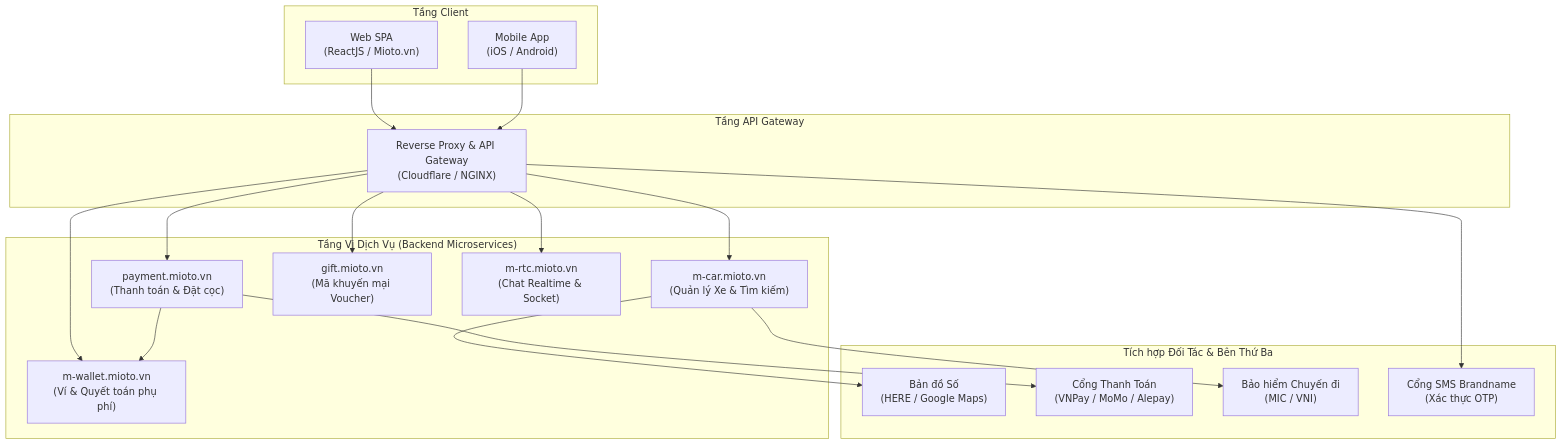
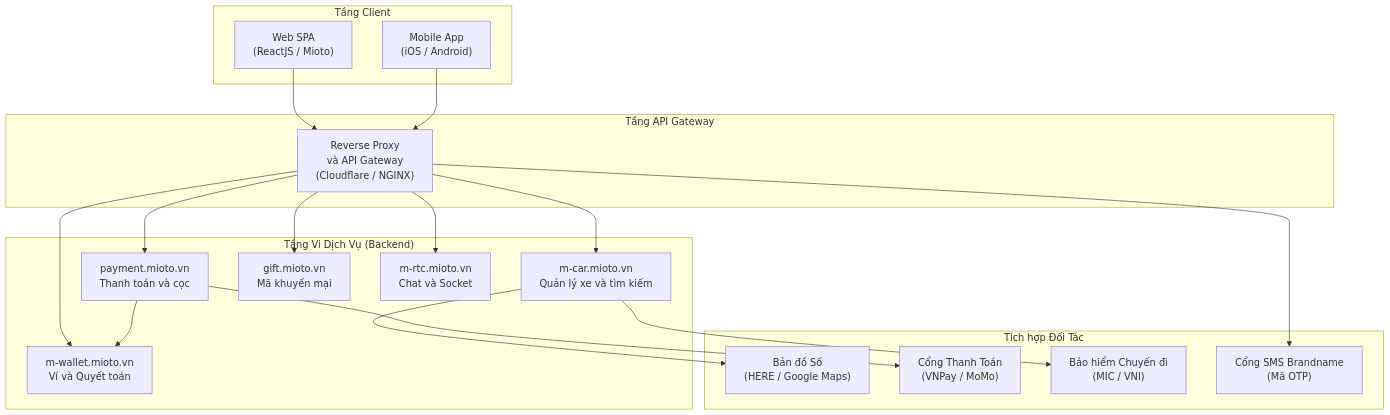
Before and after one commit to PhamQuang138/DGKTPM: the first of 4 diagrams in README.md, drawn with Mermaid. The commit also changed other lines of this file, not shown here.

Commit message:
fix: compact node text line lengths in mermaid diagrams to prevent GitHub SVG text truncation

````diff
--- a/README.md
+++ b/README.md
@@ -84,39 +84,39 @@
 ```mermaid
 flowchart TD
     subgraph Clients["Tầng Client"]
-        Web["Web SPA<br/>(ReactJS / Mioto.vn)"]
+        Web["Web SPA<br/>(ReactJS / Mioto)"]
         Mobile["Mobile App<br/>(iOS / Android)"]
     end
 
     subgraph Gateway["Tầng API Gateway"]
-        APIGW["Reverse Proxy & API Gateway<br/>(Cloudflare / NGINX)"]
+        APIGW["Reverse Proxy<br/>và API Gateway<br/>(Cloudflare / NGINX)"]
     end
 
-    subgraph Services["Tầng Vi Dịch Vụ (Backend Microservices)"]
-        S_Car["m-car.mioto.vn<br/>(Quản lý Xe & Tìm kiếm)"]
-        S_Payment["payment.mioto.vn<br/>(Thanh toán & Đặt cọc)"]
-        S_Wallet["m-wallet.mioto.vn<br/>(Ví & Quyết toán phụ phí)"]
-        S_Gift["gift.mioto.vn<br/>(Mã khuyến mại Voucher)"]
-        S_RTC["m-rtc.mioto.vn<br/>(Chat Realtime & Socket)"]
+    subgraph Services["Tầng Vi Dịch Vụ (Backend)"]
+        S_Car["m-car.mioto.vn<br/>Quản lý xe và tìm kiếm"]
+        S_Payment["payment.mioto.vn<br/>Thanh toán và cọc"]
+        S_Wallet["m-wallet.mioto.vn<br/>Ví và Quyết toán"]
+        S_Gift["gift.mioto.vn<br/>Mã khuyến mại"]
+        S_RTC["m-rtc.mioto.vn<br/>Chat và Socket"]
     end
 
-    subgraph ThirdParty["Tích hợp Đối Tác & Bên Thứ Ba"]
+    subgraph ThirdParty["Tích hợp Đối Tác"]
         Maps["Bản đồ Số<br/>(HERE / Google Maps)"]
-        PayGate["Cổng Thanh Toán<br/>(VNPay / MoMo / Alepay)"]
+        PayGate["Cổng Thanh Toán<br/>(VNPay / MoMo)"]
         Insurance["Bảo hiểm Chuyến đi<br/>(MIC / VNI)"]
-        SMS["Cổng SMS Brandname<br/>(Xác thực OTP)"]
+        SMS["Cổng SMS Brandname<br/>(Mã OTP)"]
     end
 
     Web --> APIGW
     Mobile --> APIGW
     APIGW --> S_Car
     APIGW --> S_Payment
     APIGW --> S_Wallet
     APIGW --> S_Gift
     APIGW --> S_RTC
     APIGW --> SMS
     S_Car --> Maps
     S_Car --> Insurance
     S_Payment --> PayGate
     S_Payment --> S_Wallet
 ```
````
